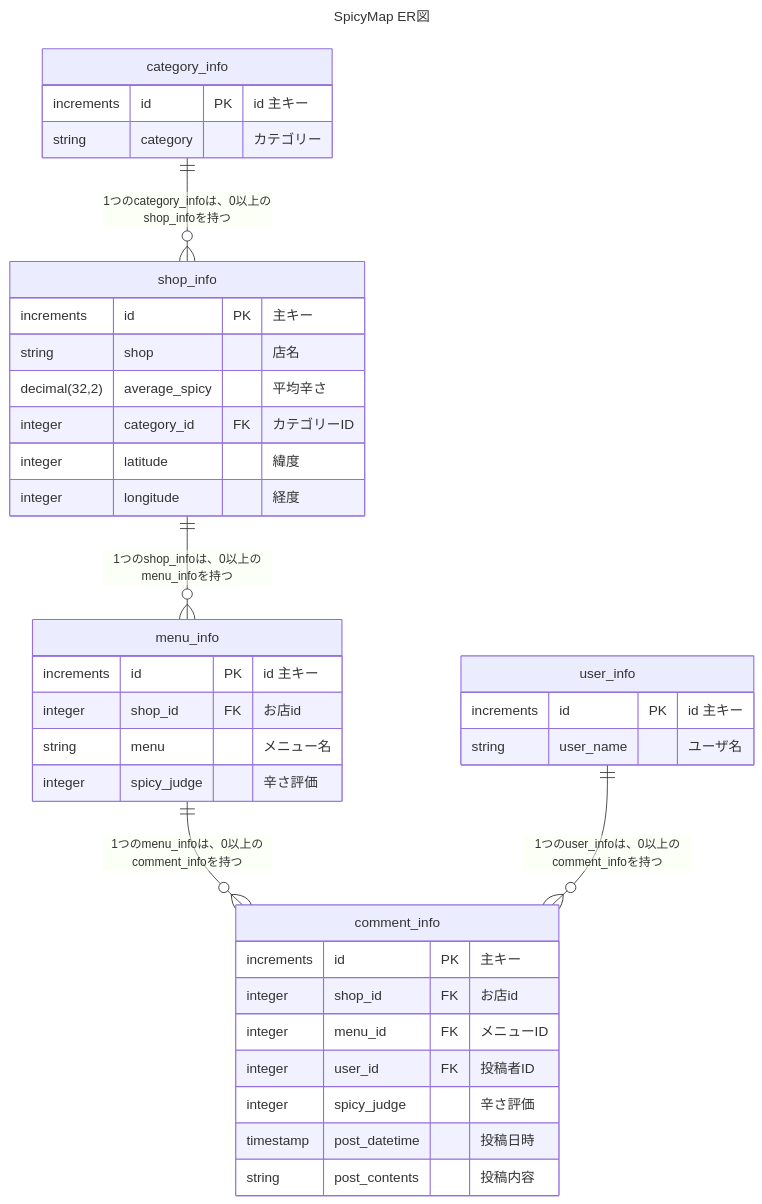
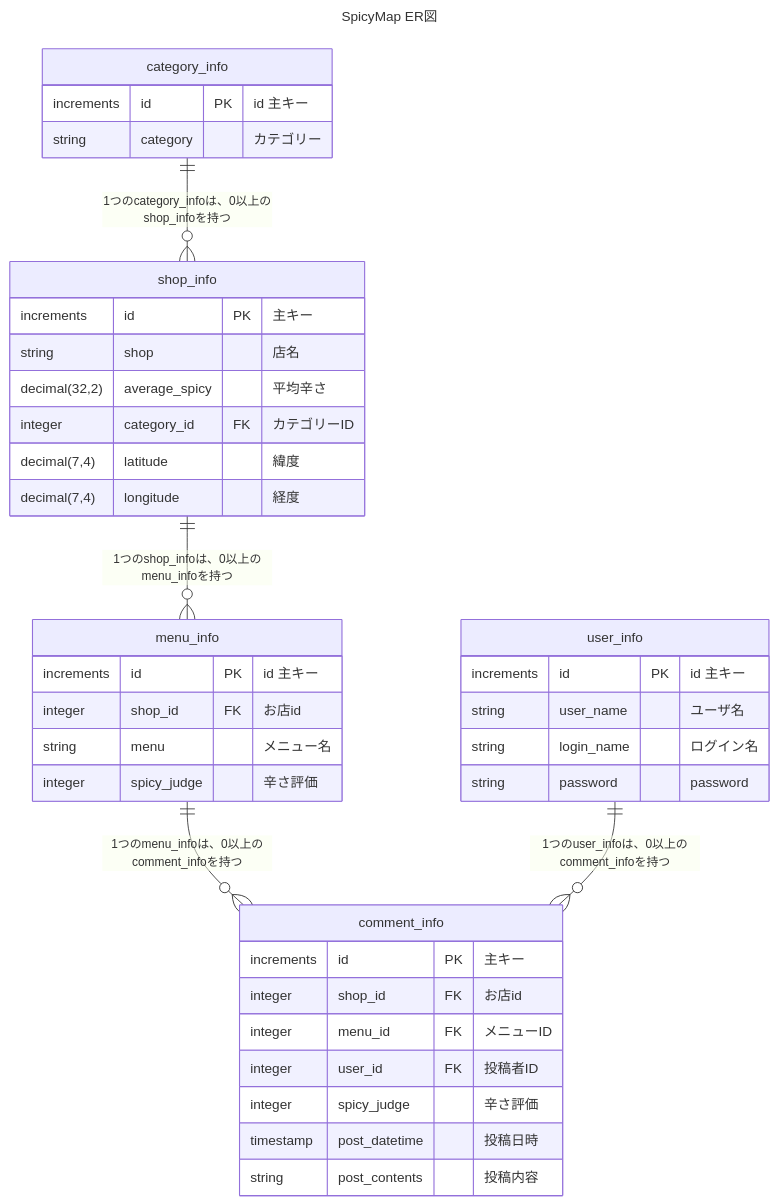
The diagram in README.md (DIGTeamTrois/SpicyMap), drawn with Mermaid before and after one commit. The commit also changed other lines of this file and 13 other files, not shown here.

````diff
--- a/README.md
+++ b/README.md
@@ -5,48 +7,50 @@
 ```mermaid
 ---
 title: "SpicyMap ER図"
 ---
 erDiagram
 
 shop_info {
     increments id PK "主キー"
     string shop "店名"
     decimal(32,2) average_spicy "平均辛さ"
     integer category_id FK "カテゴリーID" 
-    integer latitude "緯度"
-    integer longitude "経度"
+    decimal(7,4)  latitude "緯度"
+    decimal(7,4) longitude "経度"
 }
 
 menu_info {
     increments id PK "id 主キー"
     integer shop_id FK "お店id"
     string menu "メニュー名"
     integer spicy_judge "辛さ評価"
 }
 
 
 comment_info {
     increments id PK "主キー"
     integer shop_id FK "お店id"
     integer menu_id FK "メニューID"
     integer user_id FK "投稿者ID"
     integer spicy_judge "辛さ評価"
     timestamp post_datetime "投稿日時" 
     string post_contents "投稿内容"
 }
 
 user_info {
     increments id PK "id 主キー"
     string user_name "ユーザ名"
+    string login_name "ログイン名"
+    string password "password"
 }
 
 category_info {
     increments id PK "id 主キー"
     string category "カテゴリー"
 }
 
 shop_info ||--o{ menu_info : "1つのshop_infoは、0以上のmenu_infoを持つ"
 menu_info ||--o{ comment_info : "1つのmenu_infoは、0以上のcomment_infoを持つ"
 user_info ||--o{ comment_info : "1つのuser_infoは、0以上のcomment_infoを持つ"
 category_info ||--o{ shop_info : "1つのcategory_infoは、0以上のshop_infoを持つ"
 ```
````
